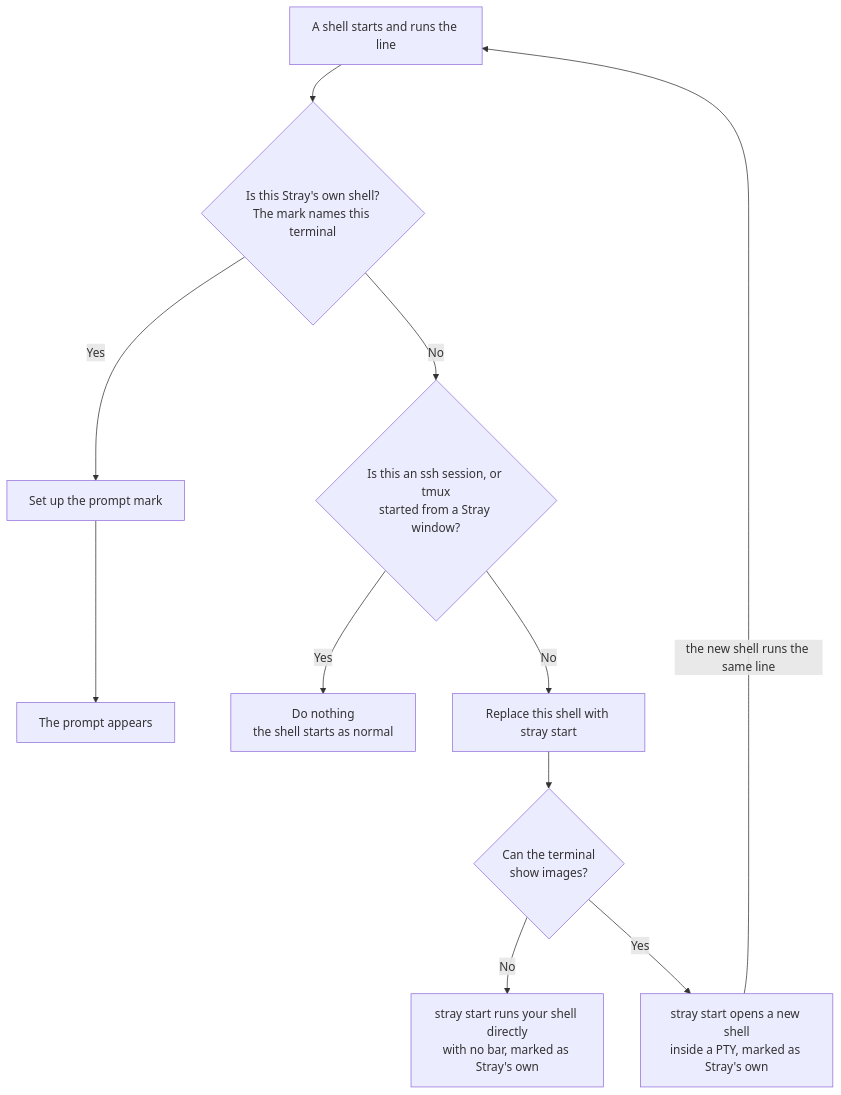
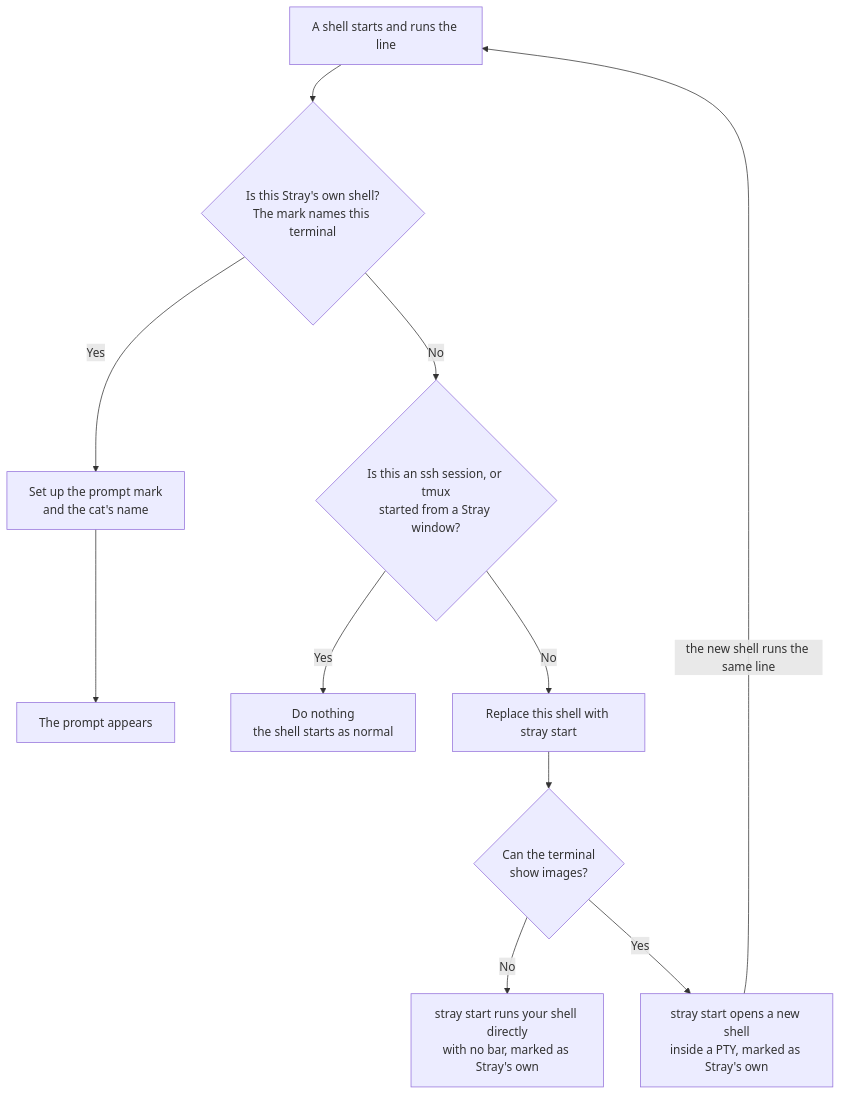
The fifth of 5 diagrams in docs/ARCHITECTURE.md (ado11231/stray), drawn with Mermaid before and after one commit. The commit also changed other lines of this file and 3 other files, not shown here.

````diff
--- a/docs/ARCHITECTURE.md
+++ b/docs/ARCHITECTURE.md
@@ -322,13 +339,13 @@
 ```mermaid
 flowchart TD
     Start["A shell starts and runs the line"] --> Own{"Is this Stray's own shell?<br/>The mark names this terminal"}
-    Own -->|Yes| Hook["Set up the prompt mark"]
+    Own -->|Yes| Hook["Set up the prompt mark<br/>and the cat's name"]
     Hook --> Ready["The prompt appears"]
     Own -->|No| Skip{"Is this an ssh session, or tmux<br/>started from a Stray window?"}
     Skip -->|Yes| Normal["Do nothing<br/>the shell starts as normal"]
     Skip -->|No| Swap["Replace this shell with stray start"]
     Swap --> Check{"Can the terminal<br/>show images?"}
     Check -->|No| Plain["stray start runs your shell directly<br/>with no bar, marked as Stray's own"]
     Check -->|Yes| New["stray start opens a new shell<br/>inside a PTY, marked as Stray's own"]
     New -->|the new shell runs the same line| Start
 ```
````
